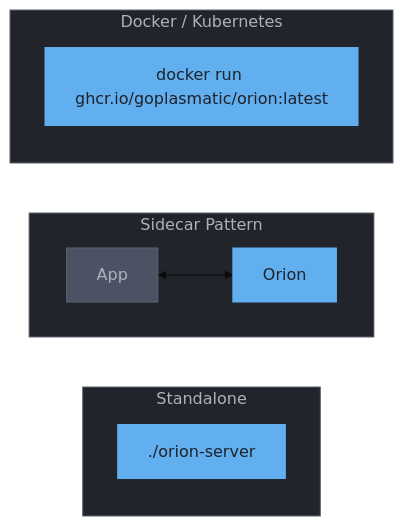
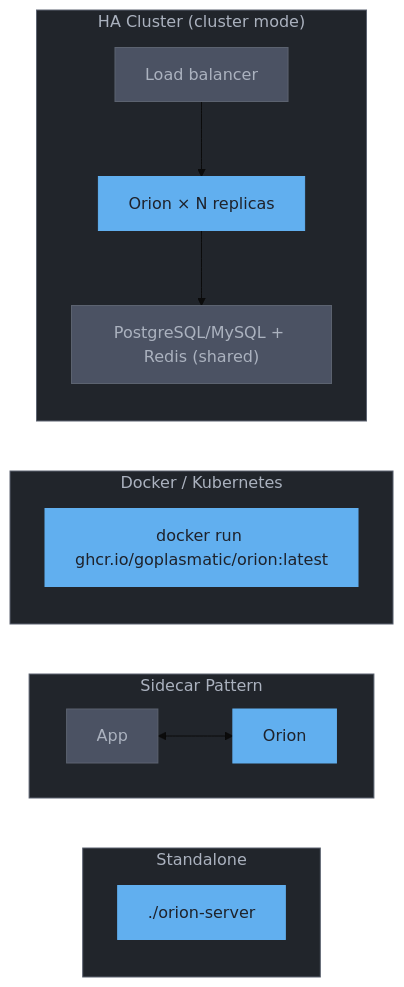
Before and after one commit to GoPlasmatic/Orion: the sixth of 6 diagrams in README.md, drawn with Mermaid (base theme). The commit also changed other lines of this file, not shown here.

First line of the commit message:
docs(readme): put cluster mode on the front door (C12)

````diff
--- a/README.md
+++ b/README.md
@@ -452,25 +452,35 @@
 ```mermaid
 flowchart LR
     subgraph Standalone ["Standalone"]
         direction TB
         S["./orion-server"]
     end
 
     subgraph Sidecar ["Sidecar Pattern"]
         direction LR
         App["App"] <--> O["Orion"]
     end
 
     subgraph Container ["Docker / Kubernetes"]
         direction TB
         D["docker run ghcr.io/goplasmatic/orion:latest"]
     end
 
+    subgraph Cluster ["HA Cluster (cluster mode)"]
+        direction TB
+        LB["Load balancer"] --> N["Orion × N replicas"]
+        N --> B["PostgreSQL/MySQL + Redis (shared)"]
+    end
+
     style Standalone fill:#21252b,stroke:#5c6370,color:#abb2bf
     style Sidecar fill:#21252b,stroke:#5c6370,color:#abb2bf
     style Container fill:#21252b,stroke:#5c6370,color:#abb2bf
+    style Cluster fill:#21252b,stroke:#5c6370,color:#abb2bf
     style S fill:#61afef,stroke:#61afef,color:#1e222b
     style App fill:#4b5263,stroke:#5c6370,color:#abb2bf
     style O fill:#61afef,stroke:#61afef,color:#1e222b
     style D fill:#61afef,stroke:#61afef,color:#1e222b
+    style LB fill:#4b5263,stroke:#5c6370,color:#abb2bf
+    style N fill:#61afef,stroke:#61afef,color:#1e222b
+    style B fill:#4b5263,stroke:#5c6370,color:#abb2bf
 ```
````
